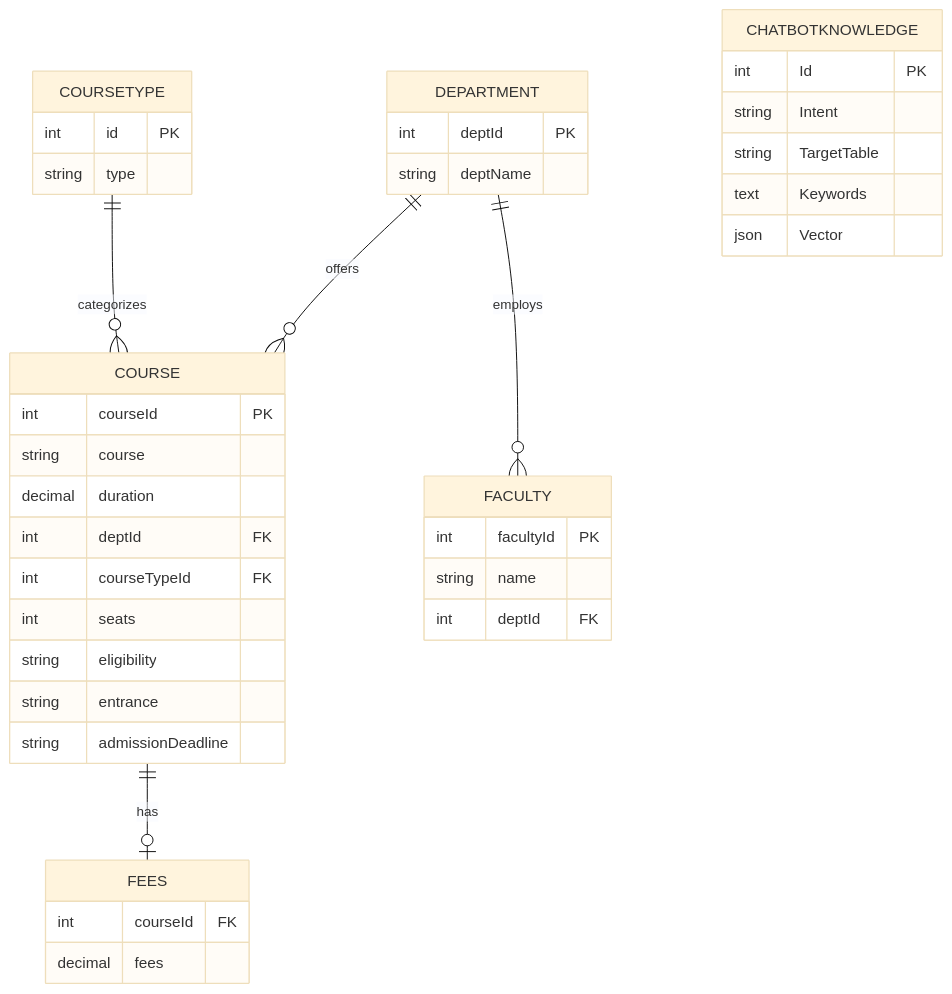
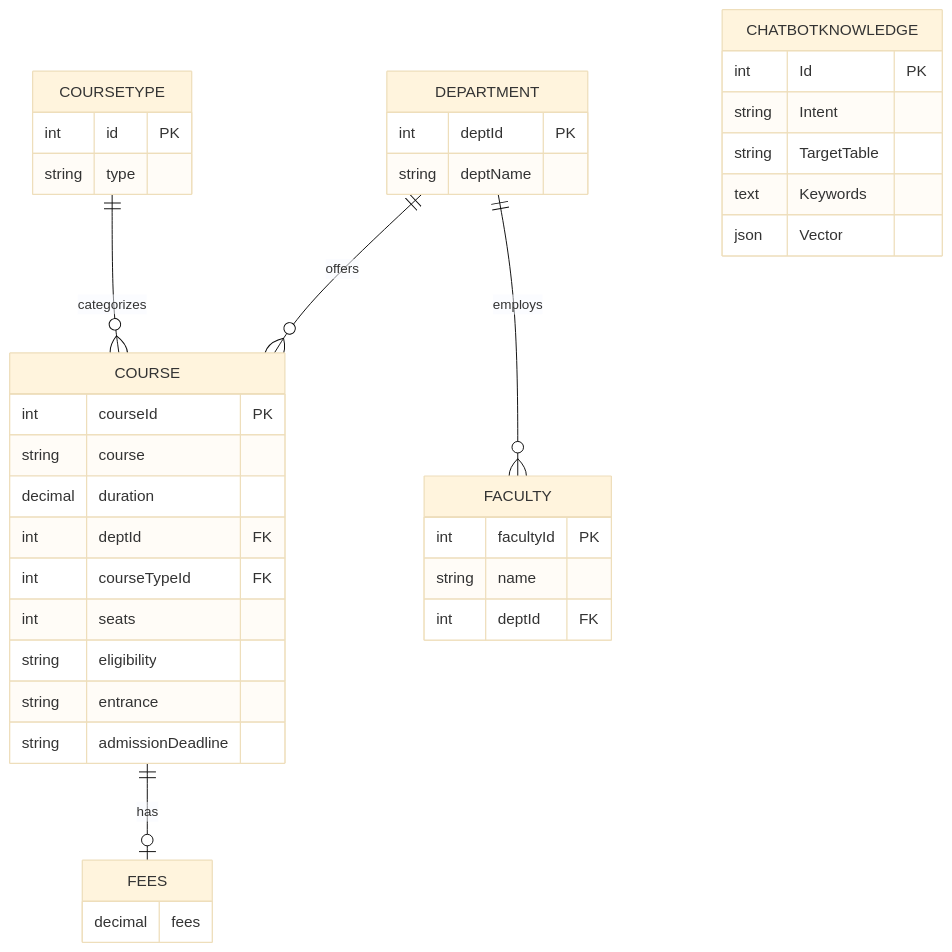
Before and after one commit to kr254na/NPGC-Chatbot: the diagram in README.md, drawn with Mermaid (base theme). The commit also changed other lines of this file, not shown here.

First line of the commit message:
Add ER Diagram section to README

````diff
--- a/README.md
+++ b/README.md
@@ -113,48 +113,47 @@
 ```mermaid
 erDiagram
     DEPARTMENT ||--o{ COURSE : "offers"
     DEPARTMENT ||--o{ FACULTY : "employs"
     COURSETYPE ||--o{ COURSE : "categorizes"
     COURSE ||--o| FEES : "has"
     
     CHATBOTKNOWLEDGE {
         int Id PK
         string Intent
         string TargetTable
         text Keywords
         json Vector
     }
 
     DEPARTMENT {
         int deptId PK
         string deptName
     }
 
     FACULTY {
         int facultyId PK
         string name
         int deptId FK
     }
 
     COURSE {
         int courseId PK
         string course
         decimal duration
         int deptId FK
         int courseTypeId FK
         int seats
         string eligibility
         string entrance
         string admissionDeadline
     }
 
     COURSETYPE {
         int id PK
         string type
     }
 
     FEES {
-        int courseId FK
         decimal fees
     }
 ```
````
